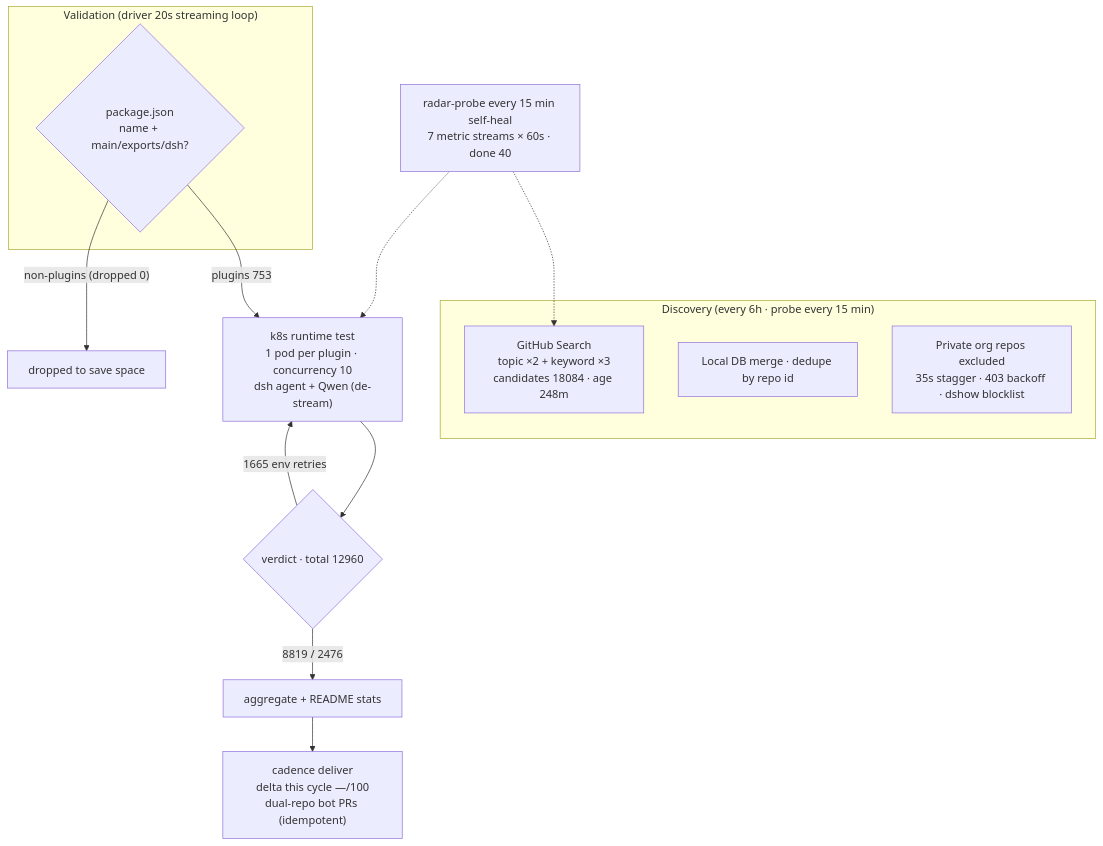
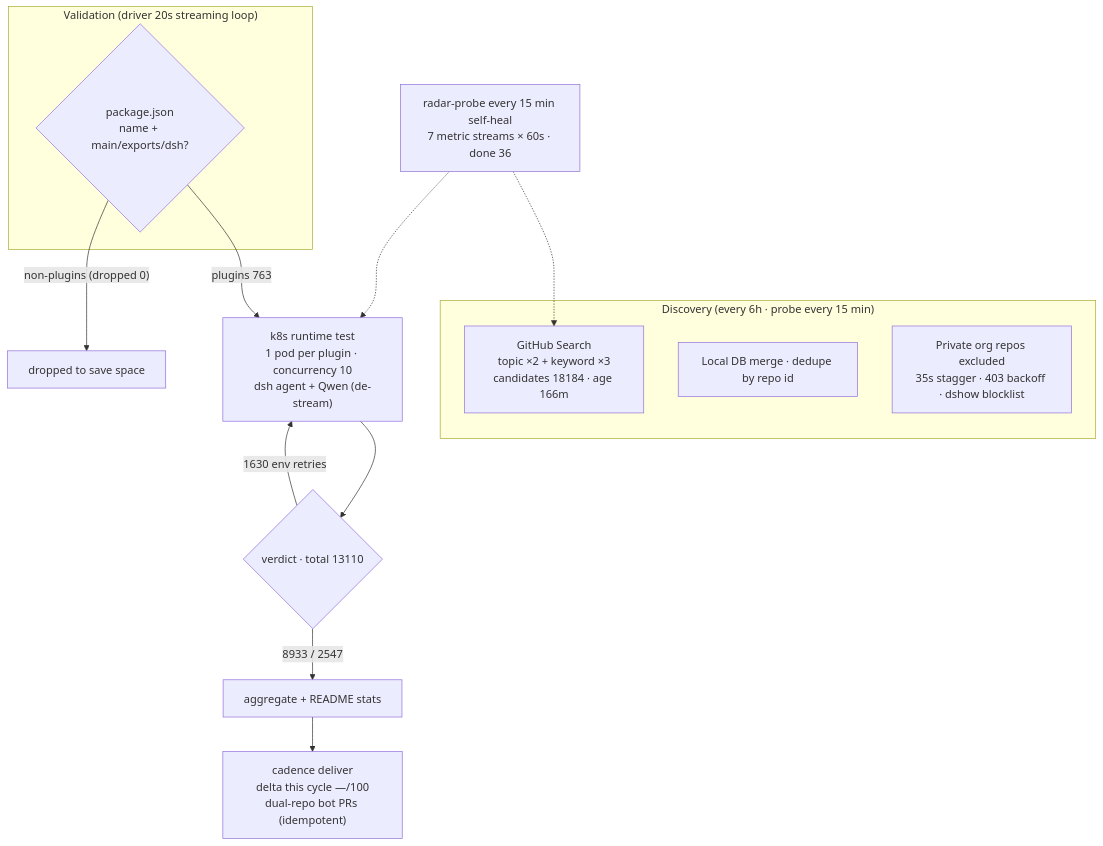
Before and after one commit to AdamPlatin123/awesome-dsh-plugins: the diagram in README.en-US.md, drawn with Mermaid. The commit also changed other lines of this file and 5 other files, not shown here.

````diff
--- a/README.en-US.md
+++ b/README.en-US.md
@@ -45,20 +45,20 @@
 ```mermaid
 flowchart TB
     subgraph Discovery["Discovery (every 6h · probe every 15 min)"]
-        A1["GitHub Search<br/>topic ×2 + keyword ×3<br/>candidates 18084 · age 248m"]
+        A1["GitHub Search<br/>topic ×2 + keyword ×3<br/>candidates 18184 · age 166m"]
         A2["Local DB merge · dedupe by repo id"]
         A3["Private org repos excluded<br/>35s stagger · 403 backoff · dshow blocklist"]
     end
     subgraph Validation["Validation (driver 20s streaming loop)"]
         B1{"package.json<br/>name + main/exports/dsh?"}
     end
-    B1 -->|"plugins 753"| C1["k8s runtime test<br/>1 pod per plugin · concurrency 10<br/>dsh agent + Qwen (de-stream)"]
+    B1 -->|"plugins 763"| C1["k8s runtime test<br/>1 pod per plugin · concurrency 10<br/>dsh agent + Qwen (de-stream)"]
     B1 -->|"non-plugins (dropped 0)"| B3["dropped to save space"]
-    C1 --> D1{"verdict · total 12960"}
-    D1 -->|"8819 / 2476"| E1["aggregate + README stats"]
-    D1 -->|"1665 env retries"| C1
+    C1 --> D1{"verdict · total 13110"}
+    D1 -->|"8933 / 2547"| E1["aggregate + README stats"]
+    D1 -->|"1630 env retries"| C1
     E1 --> E2["cadence deliver<br/>delta this cycle —/100<br/>dual-repo bot PRs (idempotent)"]
-    M["radar-probe every 15 min self-heal<br/>7 metric streams × 60s · done 40"]
+    M["radar-probe every 15 min self-heal<br/>7 metric streams × 60s · done 36"]
     M -.-> A1
     M -.-> C1
 ```
````
